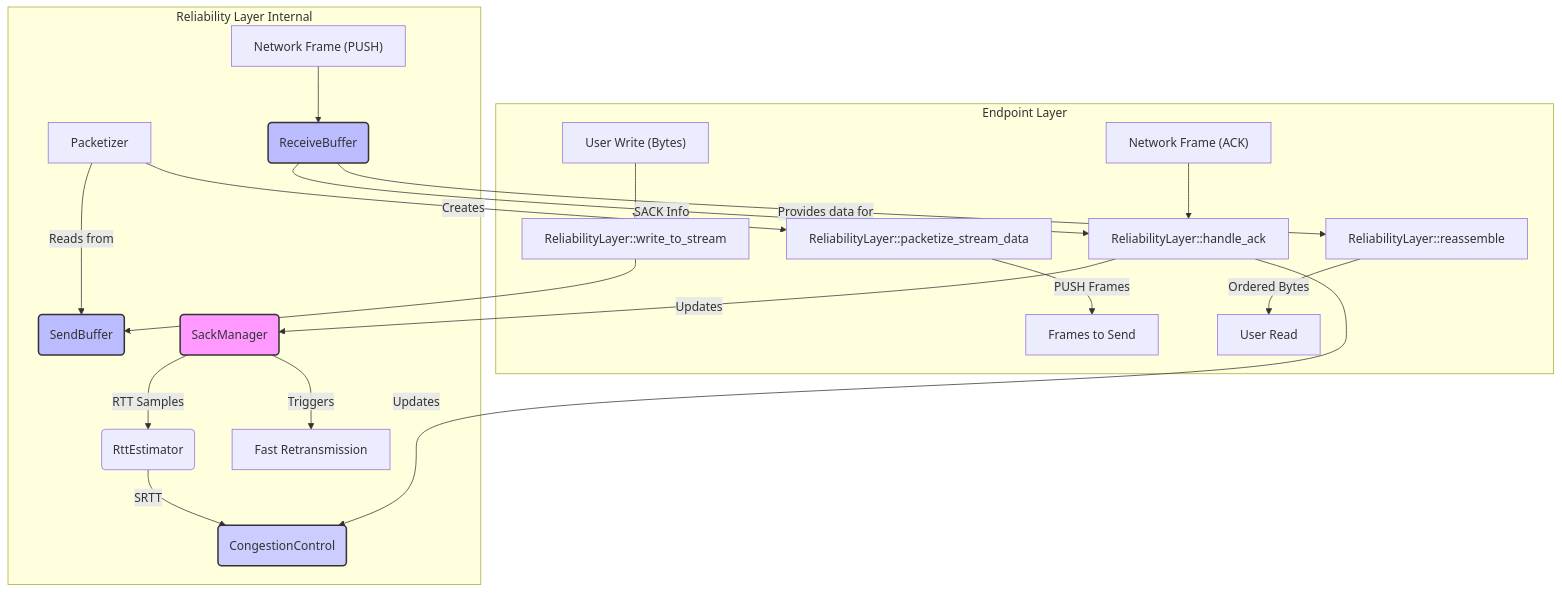
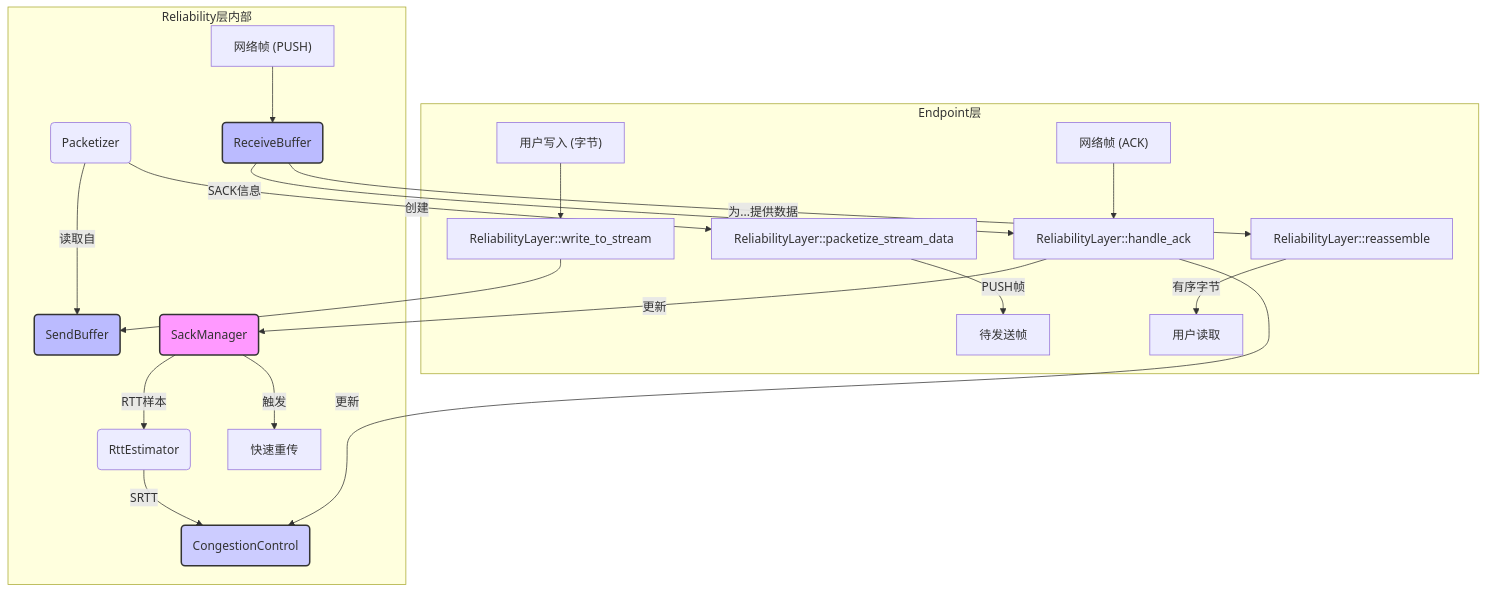
The diagram in docs/src/dev-docs/components/reliability.md (ShaoG-R/kestrel-protocol), drawn with Mermaid before and after one commit. The commit also changed 4 other files, not shown here.

````diff
--- a/docs/src/dev-docs/components/reliability.md
+++ b/docs/src/dev-docs/components/reliability.md
@@ -39,30 +39,30 @@
 ```mermaid
 graph TD
-    subgraph "Endpoint Layer"
-        A["User Write (Bytes)"] --> B[ReliabilityLayer::write_to_stream]
-        C[ReliabilityLayer::packetize_stream_data] -- "PUSH Frames" --> D[Frames to Send]
-        E["Network Frame (ACK)"] --> F[ReliabilityLayer::handle_ack]
-        G[ReliabilityLayer::reassemble] -- "Ordered Bytes" --> H[User Read]
+    subgraph "Endpoint层"
+        A["用户写入 (字节)"] --> B[ReliabilityLayer::write_to_stream]
+        C[ReliabilityLayer::packetize_stream_data] -- "PUSH帧" --> D["待发送帧"]
+        E["网络帧 (ACK)"] --> F[ReliabilityLayer::handle_ack]
+        G[ReliabilityLayer::reassemble] -- "有序字节" --> H["用户读取"]
     end
 
-    subgraph "Reliability Layer Internal"
+    subgraph "Reliability层内部"
         B --> SB(SendBuffer)
-        P[Packetizer] -- "Reads from" --> SB
-        P -- "Creates" --> C
+        P(Packetizer) -- "读取自" --> SB
+        P -- "创建" --> C
         
-        F -- "Updates" --> SM(SackManager)
-        F -- "Updates" --> CC(CongestionControl)
-        SM -- "RTT Samples" --> RTT(RttEstimator)
+        F -- "更新" --> SM(SackManager)
+        F -- "更新" --> CC(CongestionControl)
+        SM -- "RTT样本" --> RTT(RttEstimator)
         RTT -- "SRTT" --> CC
-        SM -- "Triggers" --> FR[Fast Retransmission]
+        SM -- "触发" --> FR["快速重传"]
         
-        RB(ReceiveBuffer) -- "SACK Info" --> F
-        RB -- "Provides data for" --> G
-        NF["Network Frame (PUSH)"] --> RB
+        RB(ReceiveBuffer) -- "SACK信息" --> F
+        RB -- "为...提供数据" --> G
+        NF["网络帧 (PUSH)"] --> RB
     end
     
     style SB fill:#bbf,stroke:#333,stroke-width:2px
     style RB fill:#bbf,stroke:#333,stroke-width:2px
     style SM fill:#f9f,stroke:#333,stroke-width:2px
     style CC fill:#ccf,stroke:#333,stroke-width:2px
 ```
````
